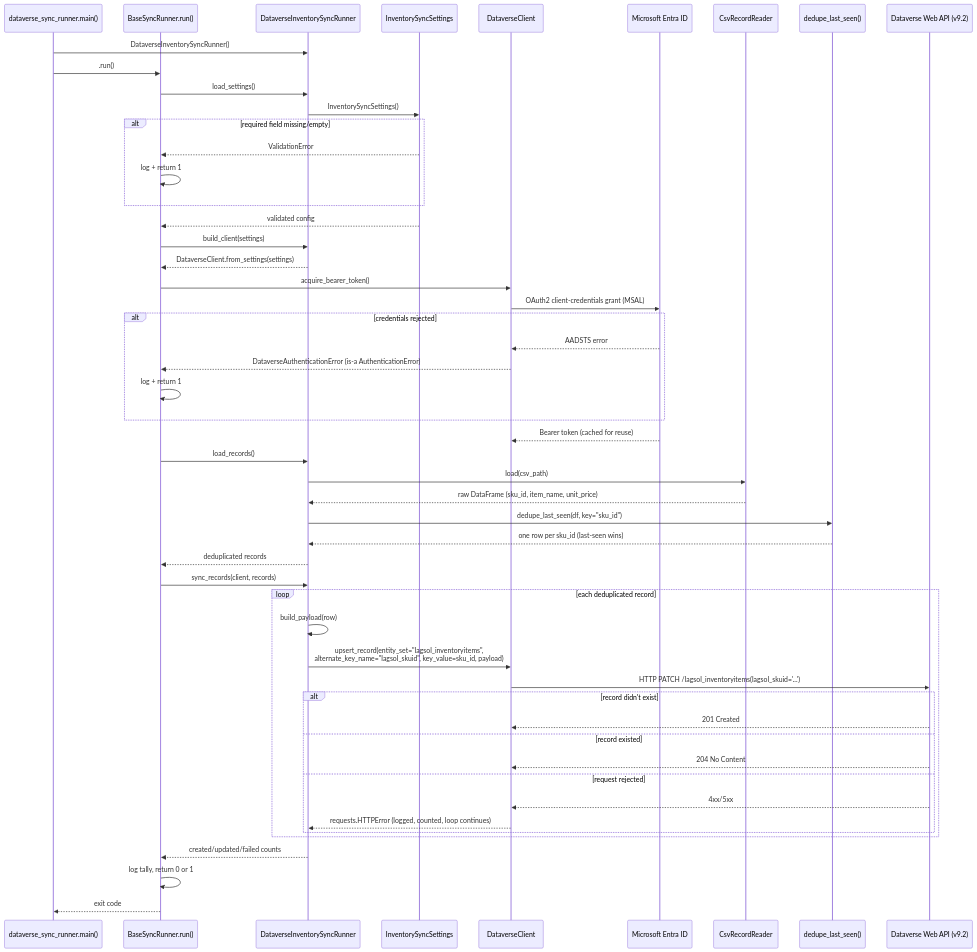
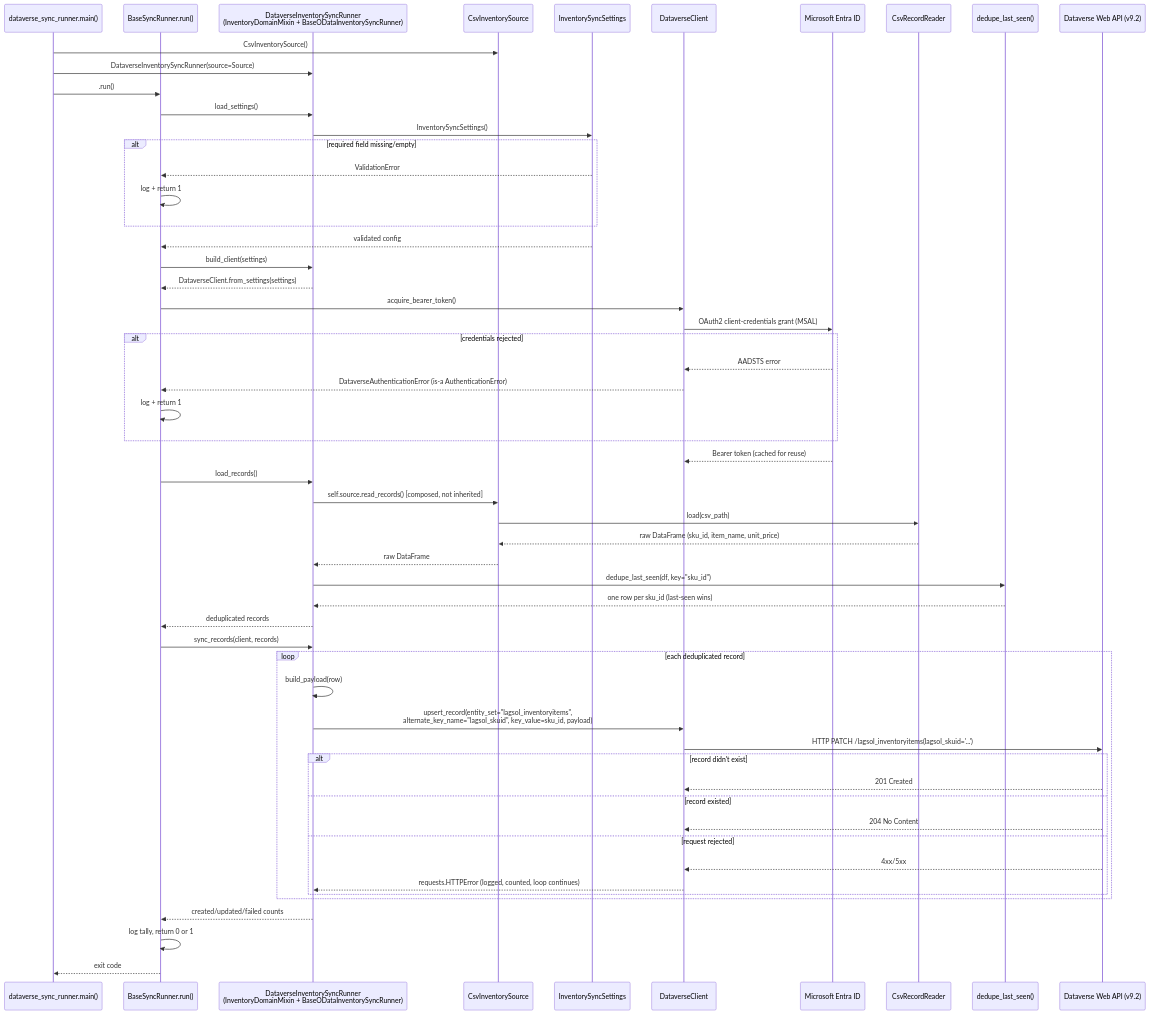
One commit to Linear-Analytics-Group/LAG-portfolio changed the second of 2 diagrams in README.md. Above: the diagram before and after it, drawn with Mermaid. The commit also changed other lines of this file and 9 other files, not shown here.

First line of the commit message:
refactor(inventory-sync): decouple source, write-protocol, and destination axes

````diff
--- a/README.md
+++ b/README.md
@@ -211,60 +339,64 @@
 ```mermaid
 sequenceDiagram
     participant Main as dataverse_sync_runner.main()
     participant Runner as BaseSyncRunner.run()
-    participant Leaf as DataverseInventorySyncRunner
+    participant Leaf as DataverseInventorySyncRunner<br/>(InventoryDomainMixin + BaseODataInventorySyncRunner)
+    participant Source as CsvInventorySource
     participant Settings as InventorySyncSettings
     participant Client as DataverseClient
     participant Entra as Microsoft Entra ID
     participant Reader as CsvRecordReader
     participant Dedupe as dedupe_last_seen()
     participant Dataverse as Dataverse Web API (v9.2)
 
-    Main->>Leaf: DataverseInventorySyncRunner()
+    Main->>Source: CsvInventorySource()
+    Main->>Leaf: DataverseInventorySyncRunner(source=Source)
     Main->>Runner: .run()
 
     Runner->>Leaf: load_settings()
     Leaf->>Settings: InventorySyncSettings()
     alt required field missing/empty
         Settings-->>Runner: ValidationError
         Runner->>Runner: log + return 1
     end
     Settings-->>Runner: validated config
 
     Runner->>Leaf: build_client(settings)
     Leaf-->>Runner: DataverseClient.from_settings(settings)
     Runner->>Client: acquire_bearer_token()
     Client->>Entra: OAuth2 client-credentials grant (MSAL)
     alt credentials rejected
         Entra-->>Client: AADSTS error
         Client-->>Runner: DataverseAuthenticationError (is-a AuthenticationError)
         Runner->>Runner: log + return 1
     end
     Entra-->>Client: Bearer token (cached for reuse)
 
     Runner->>Leaf: load_records()
-    Leaf->>Reader: load(csv_path)
-    Reader-->>Leaf: raw DataFrame (sku_id, item_name, unit_price)
+    Leaf->>Source: self.source.read_records() [composed, not inherited]
+    Source->>Reader: load(csv_path)
+    Reader-->>Source: raw DataFrame (sku_id, item_name, unit_price)
+    Source-->>Leaf: raw DataFrame
     Leaf->>Dedupe: dedupe_last_seen(df, key="sku_id")
     Dedupe-->>Leaf: one row per sku_id (last-seen wins)
     Leaf-->>Runner: deduplicated records
 
     Runner->>Leaf: sync_records(client, records)
     loop each deduplicated record
         Leaf->>Leaf: build_payload(row)
         Leaf->>Client: upsert_record(entity_set="lagsol_inventoryitems",<br/>alternate_key_name="lagsol_skuid", key_value=sku_id, payload)
         Client->>Dataverse: HTTP PATCH /lagsol_inventoryitems(lagsol_skuid='...')
         alt record didn't exist
             Dataverse-->>Client: 201 Created
         else record existed
             Dataverse-->>Client: 204 No Content
         else request rejected
             Dataverse-->>Client: 4xx/5xx
             Client-->>Leaf: requests.HTTPError (logged, counted, loop continues)
         end
     end
     Leaf-->>Runner: created/updated/failed counts
 
     Runner->>Runner: log tally, return 0 or 1
     Runner-->>Main: exit code
 ```
````
